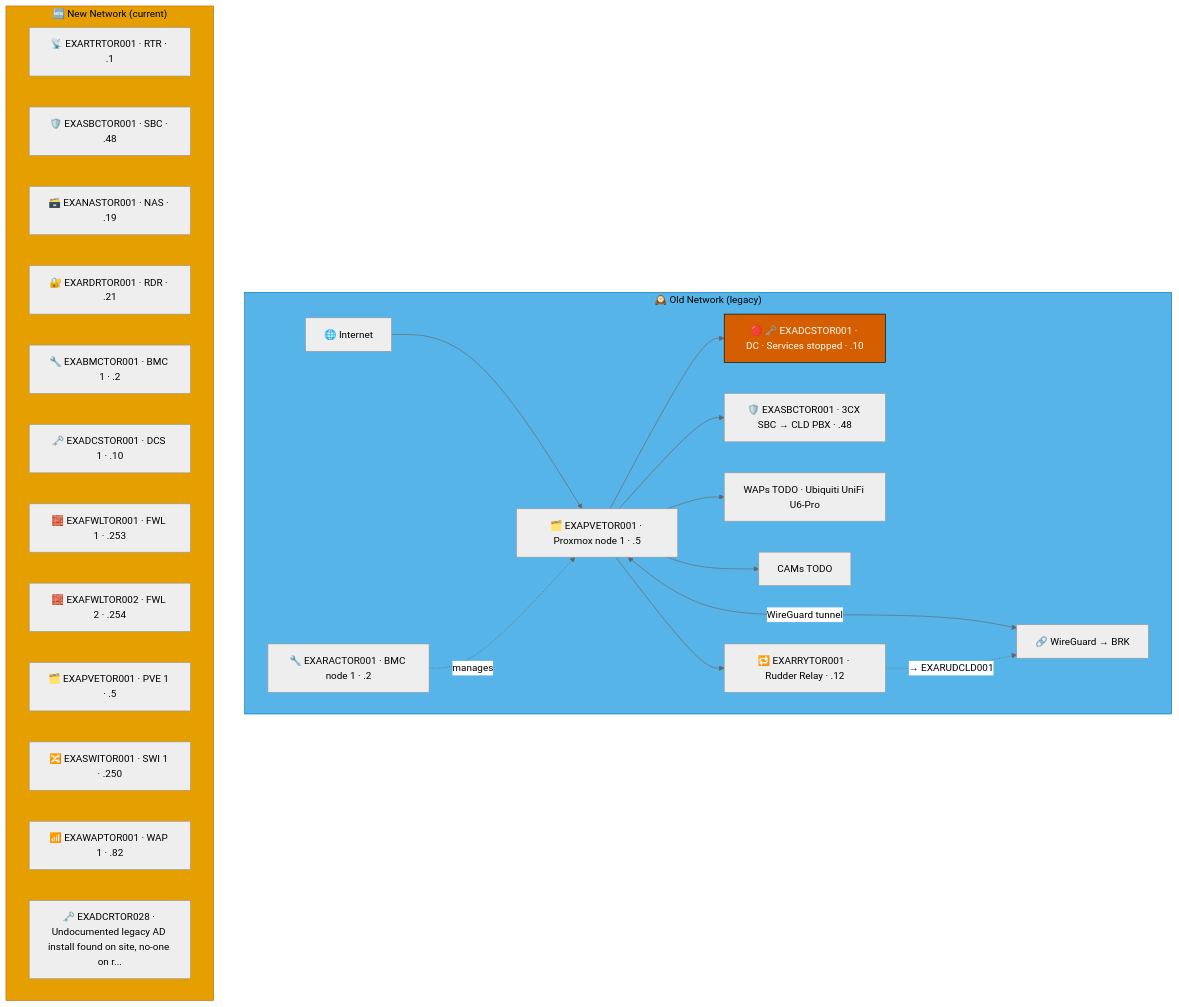
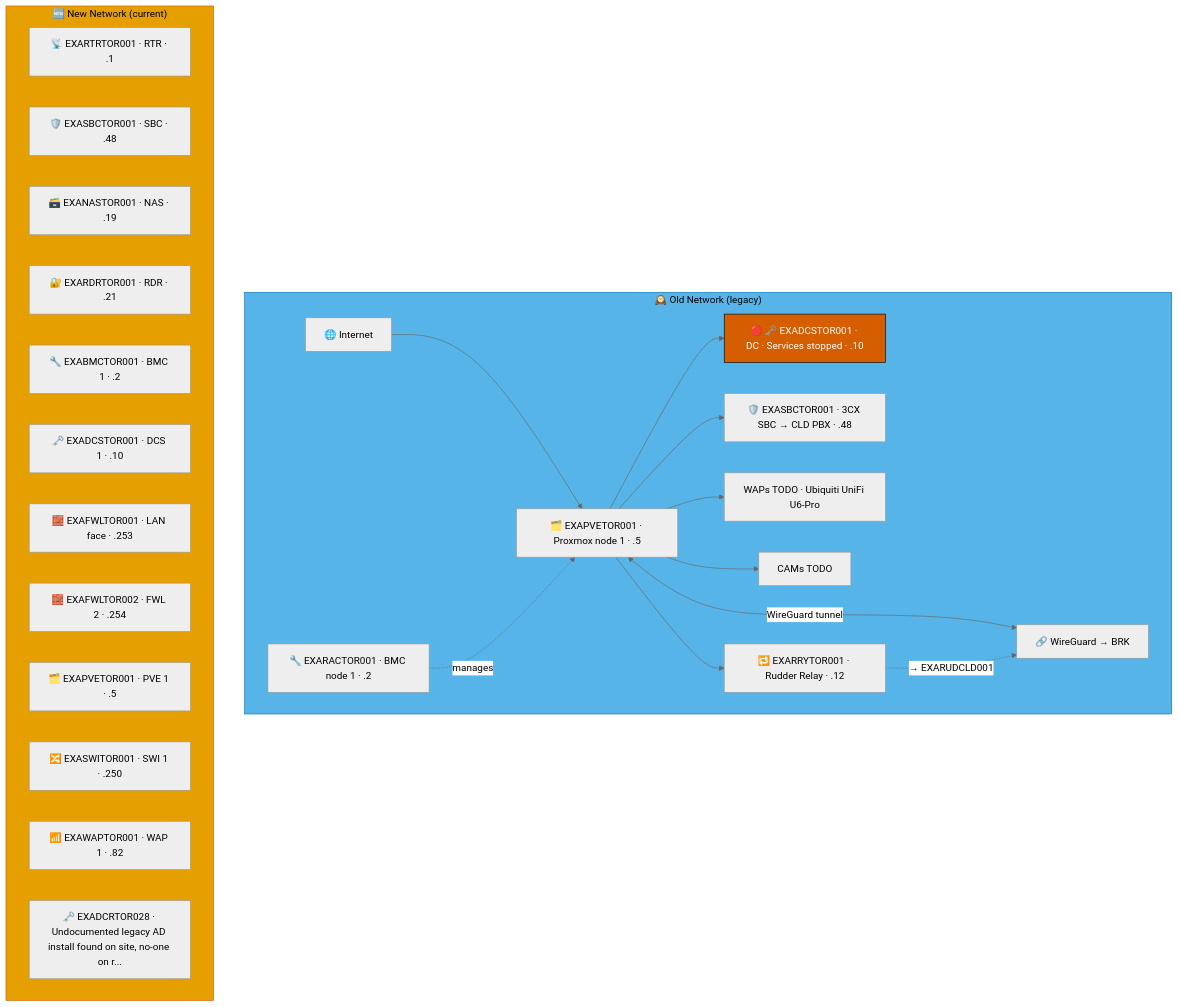
Before and after one commit to knightmare2600/example_music_infra: the second of 3 diagrams in docs/network-diagram/canada.md, drawn with Mermaid (neutral theme). The commit also changed other lines of this file and 17 other files, not shown here.

````diff
--- a/docs/network-diagram/canada.md
+++ b/docs/network-diagram/canada.md
@@ -92,42 +92,42 @@
 ```mermaid
 graph TD
     subgraph OLD_TOR ["🕰️ Old Network (legacy)"]
       INET["🌐 Internet"]
       RAC["🔧 EXARACTOR001 · BMC node 1 · .2"]
       PVE["🗂️ EXAPVETOR001 · Proxmox node 1 · .5"]
       DC["🔴 🗝️ EXADCSTOR001 · DC · Services stopped · .10"]
       SBC["🛡️ EXASBCTOR001 · 3CX SBC → CLD PBX · .48"]
       RRY["🔁 EXARRYTOR001 · Rudder Relay · .12"]
       WAP["WAPs TODO · Ubiquiti UniFi U6-Pro"]
       CAM["CAMs TODO"]
       VPN["🔗 WireGuard → BRK"]
 
       INET --> PVE --> DC & SBC
       RAC -.->|"manages"| PVE
       PVE --> WAP & CAM
       PVE <-->|"WireGuard tunnel"| VPN
 
       PVE --> RRY
       RRY -. "→ EXARUDCLD001" .-> VPN
     end
     style OLD_TOR fill:#56B4E9,stroke:#0072B2,color:#000000
     %% GENERATED:NEW-NETWORK:TOR:START
     subgraph NEW_TOR ["🆕 New Network (current)"]
       N_RTR["📡 EXARTRTOR001 · RTR · .1"]
       N_SBC["🛡️ EXASBCTOR001 · SBC · .48"]
       N_NAS["🗃️ EXANASTOR001 · NAS · .19"]
       N_RDR["🔐 EXARDRTOR001 · RDR · .21"]
       N_BMC["🔧 EXABMCTOR001 · BMC 1 · .2"]
       N_DCS["🗝️ EXADCSTOR001 · DCS 1 · .10"]
-      N_FWL["🧱 EXAFWLTOR001 · FWL 1 · .253"]
+      N_FWL["🧱 EXAFWLTOR001 · LAN face · .253"]
       N_FWL2["🧱 EXAFWLTOR002 · FWL 2 · .254"]
       N_PVE["🗂️ EXAPVETOR001 · PVE 1 · .5"]
       N_SWI["🔀 EXASWITOR001 · SWI 1 · .250"]
       N_WAP["📶 EXAWAPTOR001 · WAP 1 · .82"]
       N_DCR["🗝️ EXADCRTOR028 · Undocumented legacy AD install found on site, no-one on r..."]
     end
     style NEW_TOR fill:#E69F00,stroke:#D55E00,color:#000000
     %% GENERATED:NEW-NETWORK:TOR:END
     classDef warn fill:#D55E00,stroke:#000000,color:#ffffff
     class DC warn
 ```
````
